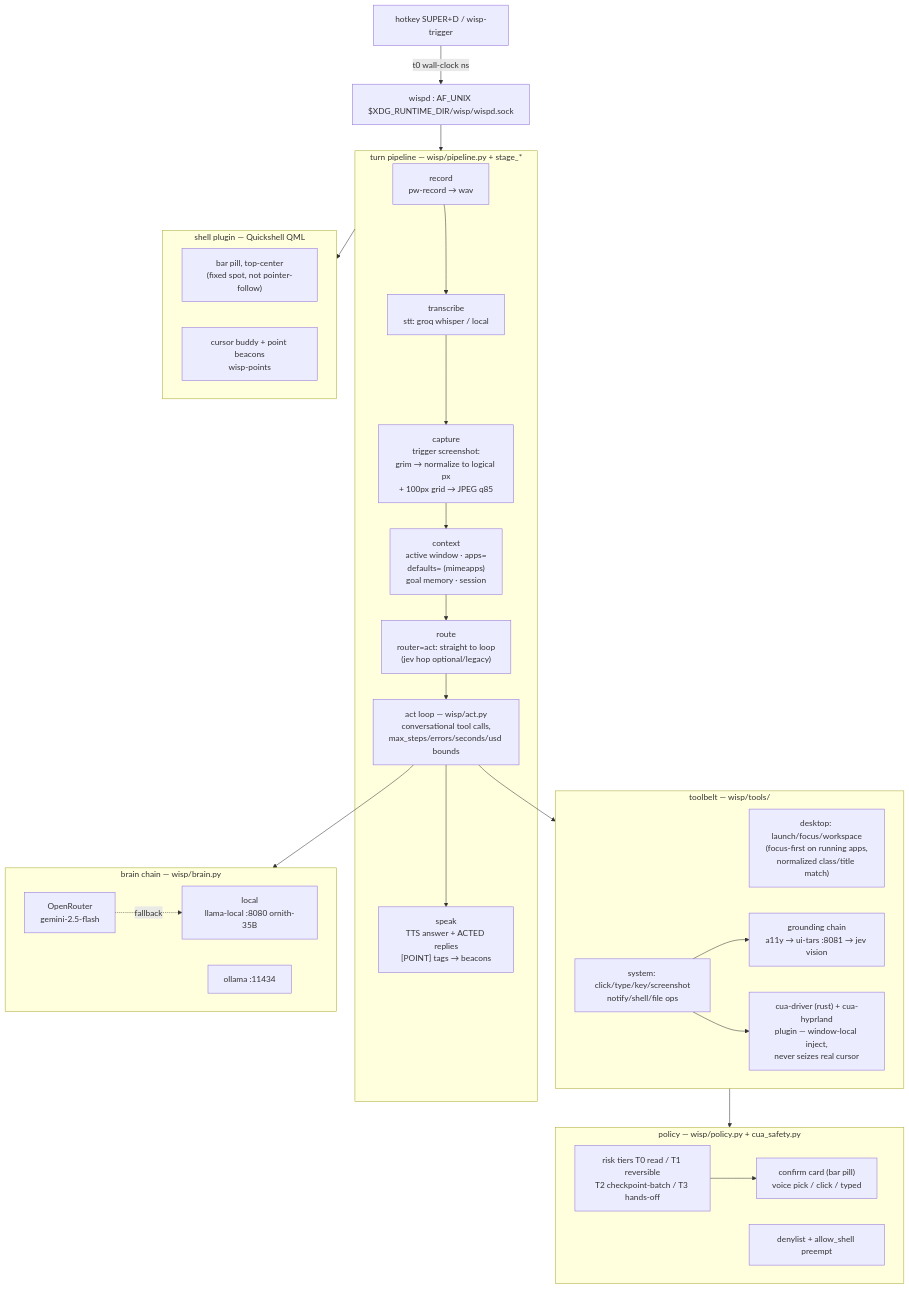
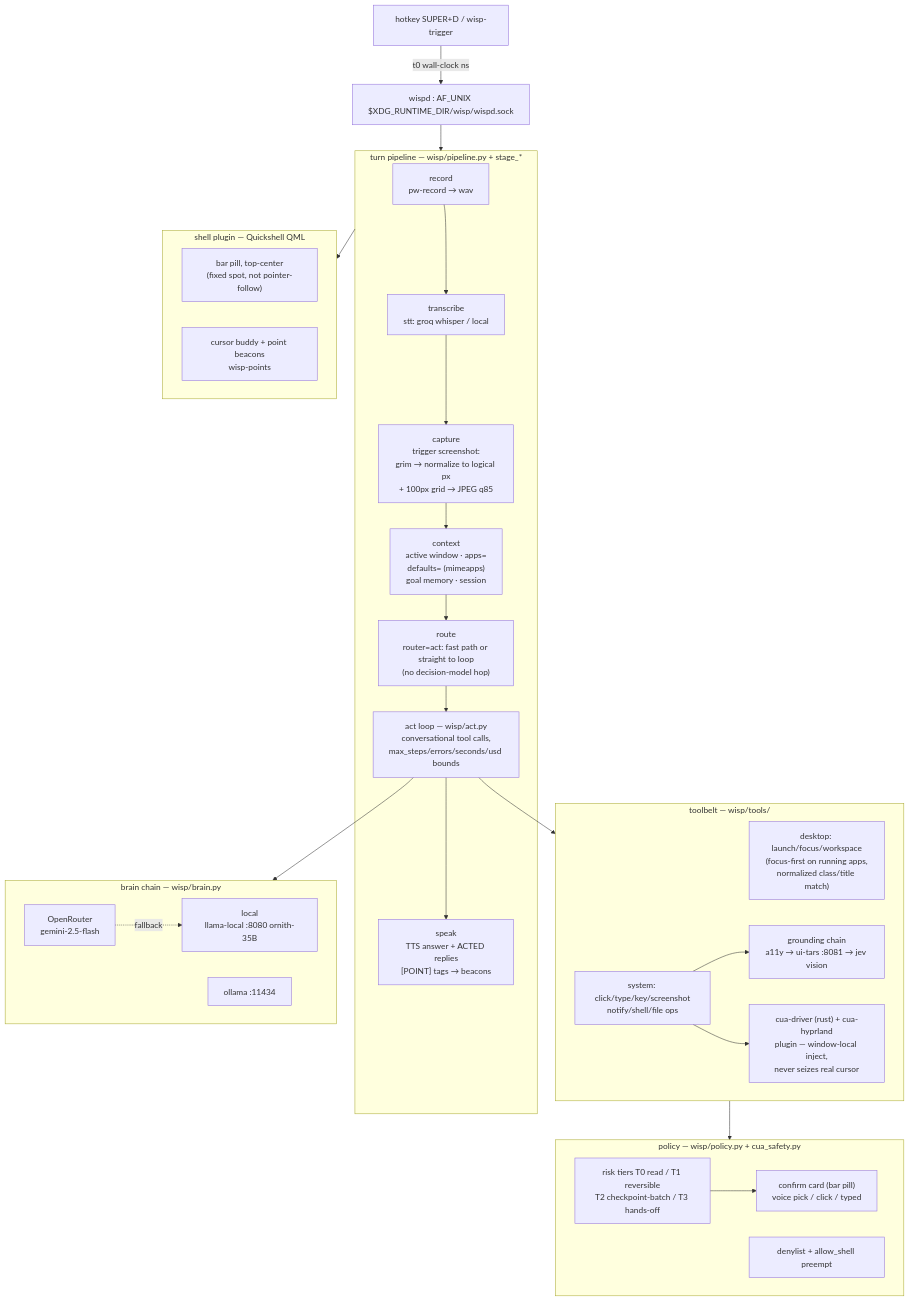
Before and after one commit to duketopceo/wisp: the diagram in docs/ARCHITECTURE.md, drawn with Mermaid. The commit also changed 18 other files, not shown here.

First line of the commit message:
refactor(route): finish the Jev router removal (#284)

````diff
--- a/docs/ARCHITECTURE.md
+++ b/docs/ARCHITECTURE.md
@@ -9,44 +9,44 @@
 ```mermaid
 flowchart TD
     HK[hotkey SUPER+D / wisp-trigger] -->|t0 wall-clock ns| IPC
     IPC["wispd : AF_UNIX $XDG_RUNTIME_DIR/wisp/wispd.sock"] --> PIPE
 
     subgraph PIPE[turn pipeline — wisp/pipeline.py + stage_*]
         REC["record<br/>pw-record → wav"] --> STT["transcribe<br/>stt: groq whisper / local"]
         STT --> CAP["capture<br/>trigger screenshot:<br/>grim → normalize to logical px<br/>+ 100px grid → JPEG q85"]
         CAP --> CTX["context<br/>active window · apps=<br/>defaults= (mimeapps)<br/>goal memory · session"]
-        CTX --> ROUTE["route<br/>router=act: straight to loop<br/>(jev hop optional/legacy)"]
+        CTX --> ROUTE["route<br/>router=act: fast path or straight to loop<br/>(no decision-model hop)"]
         ROUTE --> ACT["act loop — wisp/act.py<br/>conversational tool calls,<br/>max_steps/errors/seconds/usd bounds"]
         ACT --> SPK["speak<br/>TTS answer + ACTED replies<br/>[POINT] tags → beacons"]
     end
 
     subgraph TOOLS[toolbelt — wisp/tools/]
         DESK["desktop: launch/focus/workspace<br/>(focus-first on running apps,<br/>normalized class/title match)"]
         SYS["system: click/type/key/screenshot<br/>notify/shell/file ops"]
         GND["grounding chain<br/>a11y → ui-tars :8081 → jev vision"]
         SYS --> GND
         CUA["cua-driver (rust) + cua-hyprland<br/>plugin — window-local inject,<br/>never seizes real cursor"]
         SYS --> CUA
     end
     ACT --> TOOLS
 
     subgraph GATE[policy — wisp/policy.py + cua_safety.py]
         TIERS["risk tiers T0 read / T1 reversible<br/>T2 checkpoint-batch / T3 hands-off"]
         DENY["denylist + allow_shell preempt"]
         CONFIRM["confirm card (bar pill)<br/>voice pick / click / typed"]
         TIERS --> CONFIRM
     end
     TOOLS --> GATE
 
     subgraph BRAIN[brain chain — wisp/brain.py]
         OR["OpenRouter<br/>gemini-2.5-flash"] -.->|fallback| LOCAL["local<br/>llama-local :8080 ornith-35B"]
         OLL["ollama :11434"]
     end
     ACT --> BRAIN
 
     subgraph SURFACE[shell plugin — Quickshell QML]
         PILL["bar pill, top-center<br/>(fixed spot, not pointer-follow)"]
         GHOST["cursor buddy + point beacons<br/>wisp-points"]
     end
     PIPE --> SURFACE
 ```
````
